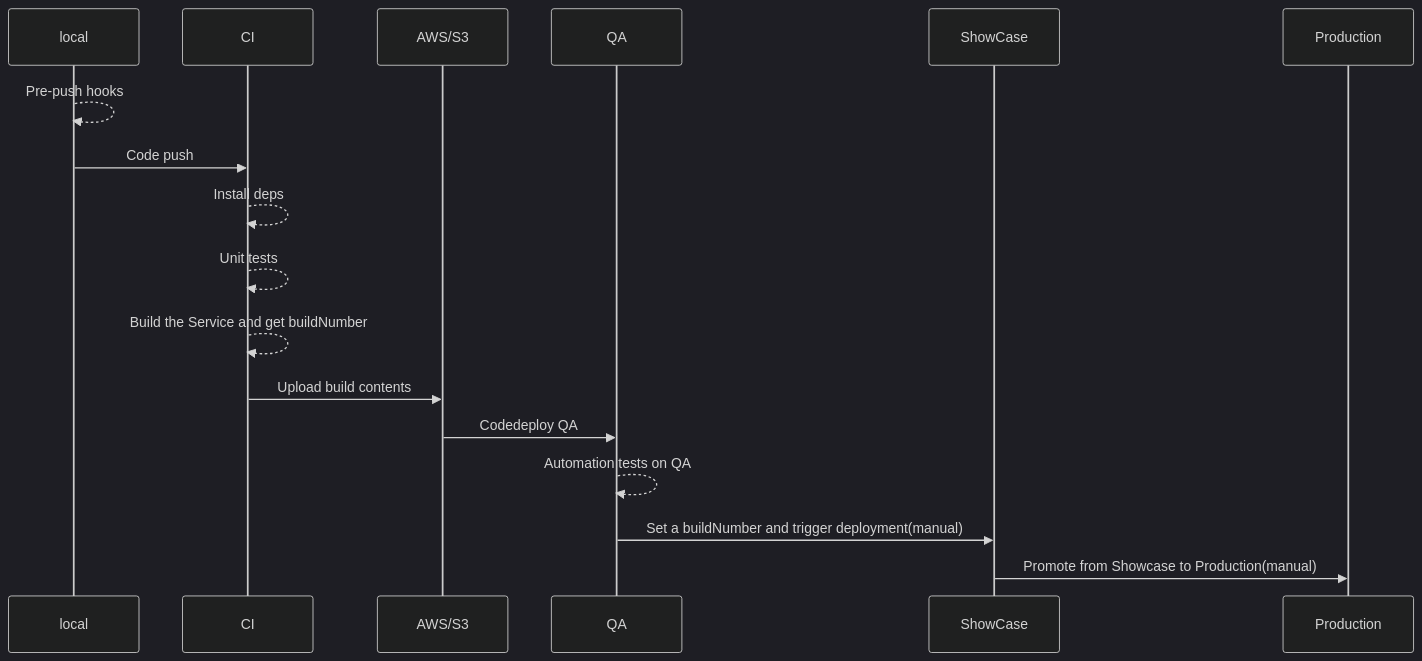
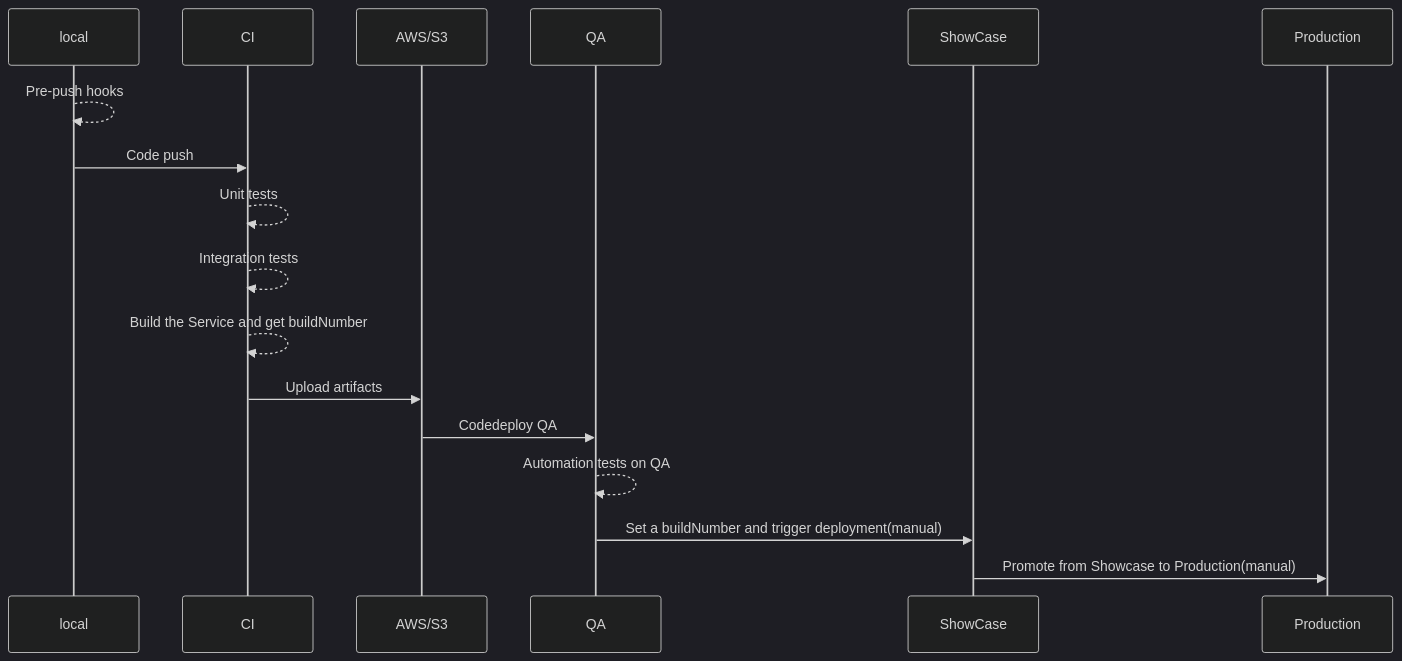
Before and after one commit to healthenabled/gdhi-service-version2: the diagram in Readme.md, drawn with Mermaid (dark theme). The commit also changed other lines of this file, not shown here.

````diff
--- a/Readme.md
+++ b/Readme.md
@@ -73,19 +103,19 @@
 ```mermaid
   sequenceDiagram;
       participant local
       participant CI
       participant AWS/S3
       participant QA
       participant ShowCase
       participant Production
       local-->>local: Pre-push hooks
       local->>CI: Code push
-      CI-->>CI: Install deps
       CI-->>CI: Unit tests
+      CI-->>CI: Integration tests
       CI-->>CI: Build the Service and get buildNumber
-      CI->>AWS/S3: Upload build contents
+      CI->>AWS/S3: Upload artifacts
       AWS/S3->>QA: Codedeploy QA
       QA-->>QA: Automation tests on QA
       QA->>ShowCase: Set a buildNumber and trigger deployment(manual)
       ShowCase->>Production: Promote from Showcase to Production(manual)
 ```
````
